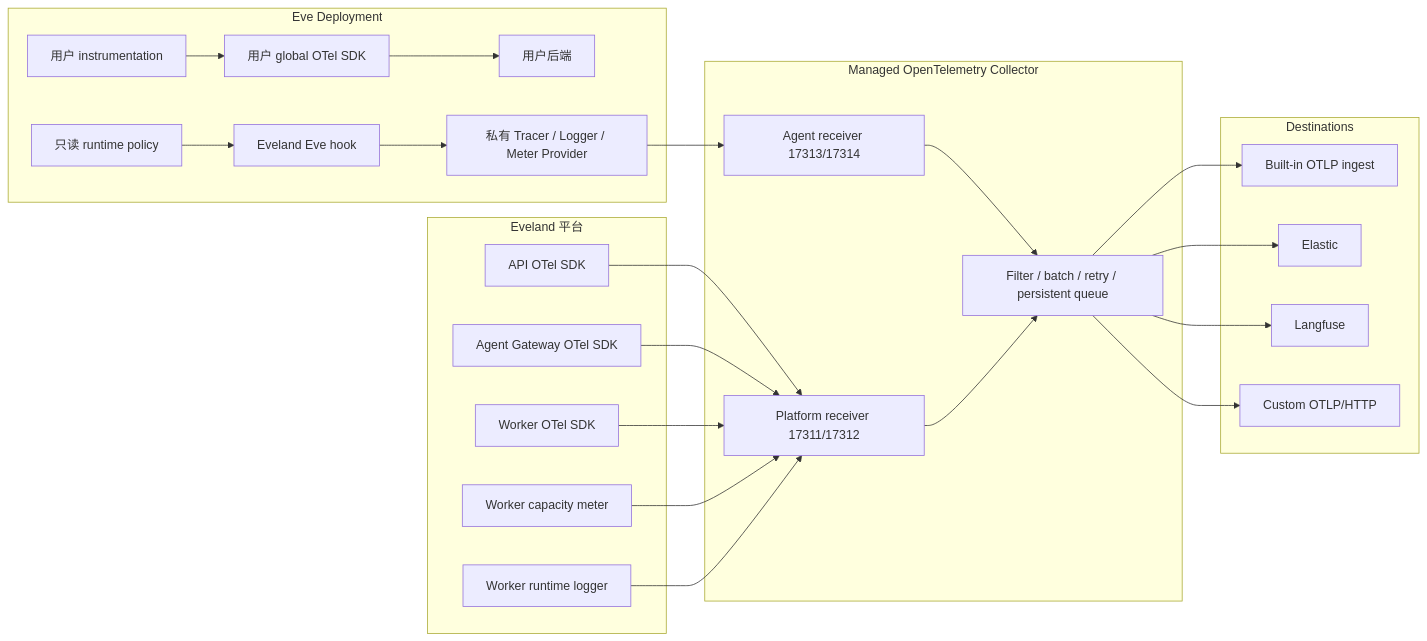
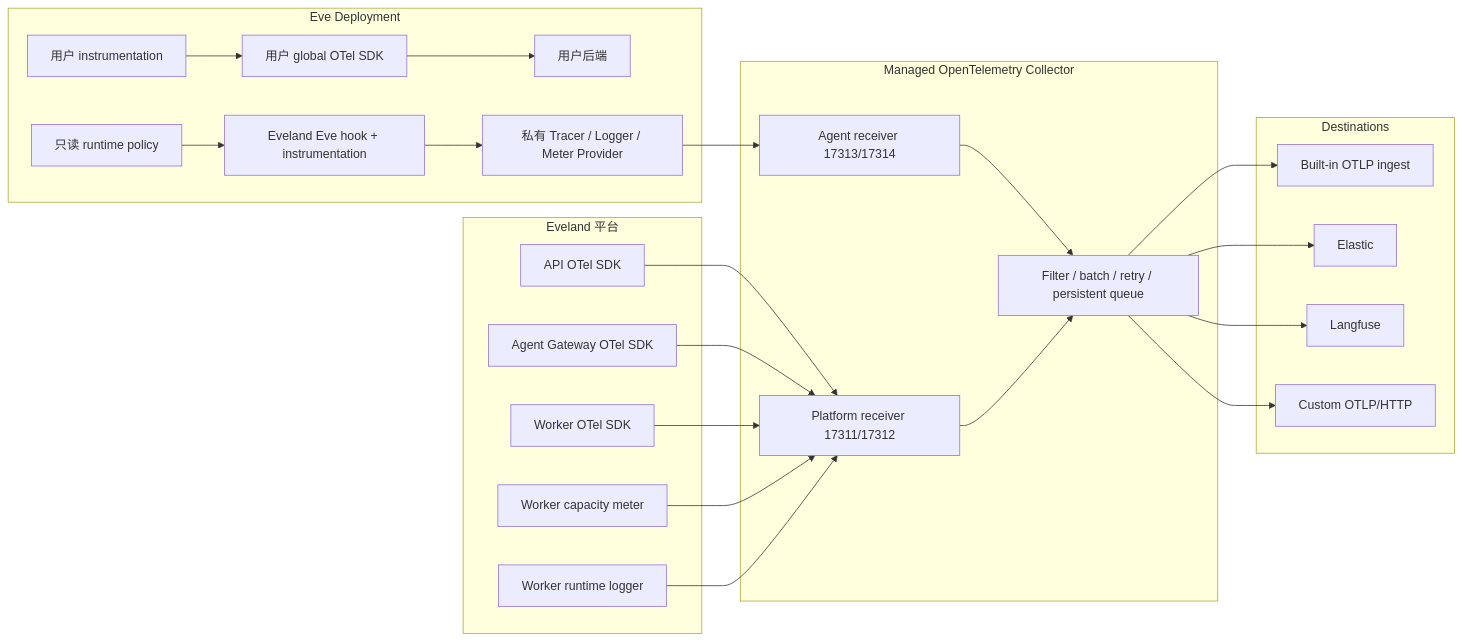
The diagram in docs/zh/reference/observability.md (evelandhq/eveland), drawn with Mermaid before and after one commit. The commit also changed other lines of this file and 31 other files, not shown here.

First line of the commit message:
feat(observer): take each run's model from eve instrumentation, not AI SDK globals (#680)

````diff
--- a/docs/zh/reference/observability.md
+++ b/docs/zh/reference/observability.md
@@ -36,47 +36,47 @@
 ```mermaid
 flowchart LR
     subgraph Agent["Eve Deployment"]
       USER["用户 instrumentation"]
       USERSDK["用户 global OTel SDK"]
       USERBACKEND["用户后端"]
-      HOOK["Eveland Eve hook"]
+      HOOK["Eveland Eve hook + instrumentation"]
       PRIVATE["私有 Tracer / Logger / Meter Provider"]
       POLICY["只读 runtime policy"]
       USER --> USERSDK --> USERBACKEND
       POLICY --> HOOK --> PRIVATE
     end
 
     subgraph Platform["Eveland 平台"]
       API["API OTel SDK"]
       GW["Agent Gateway OTel SDK"]
       WORKER["Worker OTel SDK"]
       HOST["Worker capacity meter"]
       RUNTIME["Worker runtime logger"]
     end
 
     subgraph Collection["Managed OpenTelemetry Collector"]
       AGENTRX["Agent receiver 17313/17314"]
       PLATFORMRX["Platform receiver 17311/17312"]
       ROUTING["Filter / batch / retry / persistent queue"]
     end
 
     subgraph Destinations["Destinations"]
       BUILTIN["Built-in OTLP ingest"]
       ELASTIC["Elastic"]
       LANGFUSE["Langfuse"]
       CUSTOM["Custom OTLP/HTTP"]
     end
 
     PRIVATE --> AGENTRX
     API --> PLATFORMRX
     GW --> PLATFORMRX
     WORKER --> PLATFORMRX
     HOST --> PLATFORMRX
     RUNTIME --> PLATFORMRX
     AGENTRX --> ROUTING
     PLATFORMRX --> ROUTING
     ROUTING --> BUILTIN
     ROUTING --> ELASTIC
     ROUTING --> LANGFUSE
     ROUTING --> CUSTOM
 ```
````
